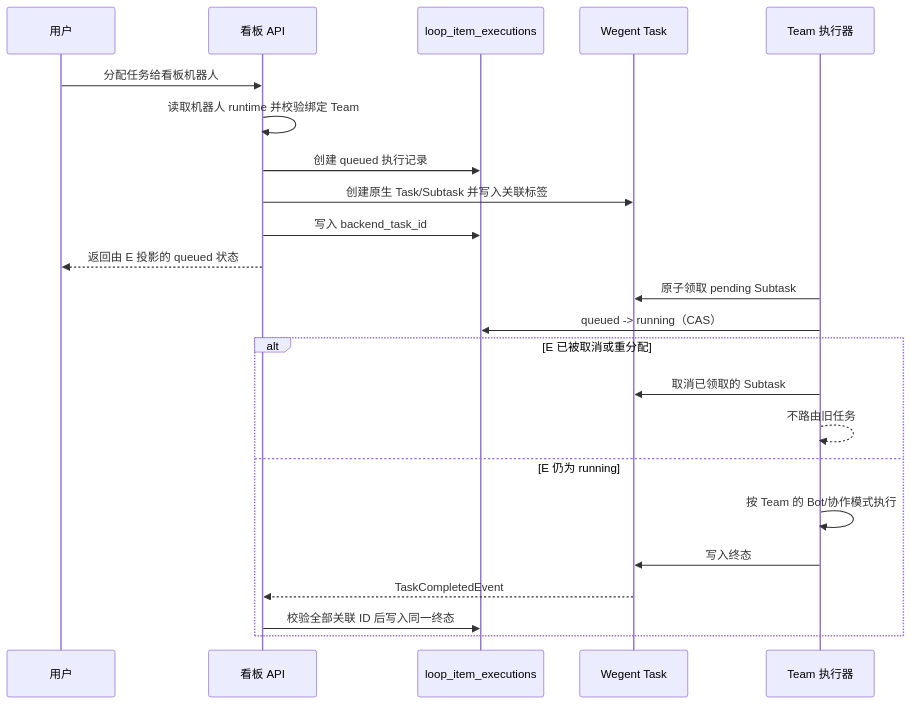
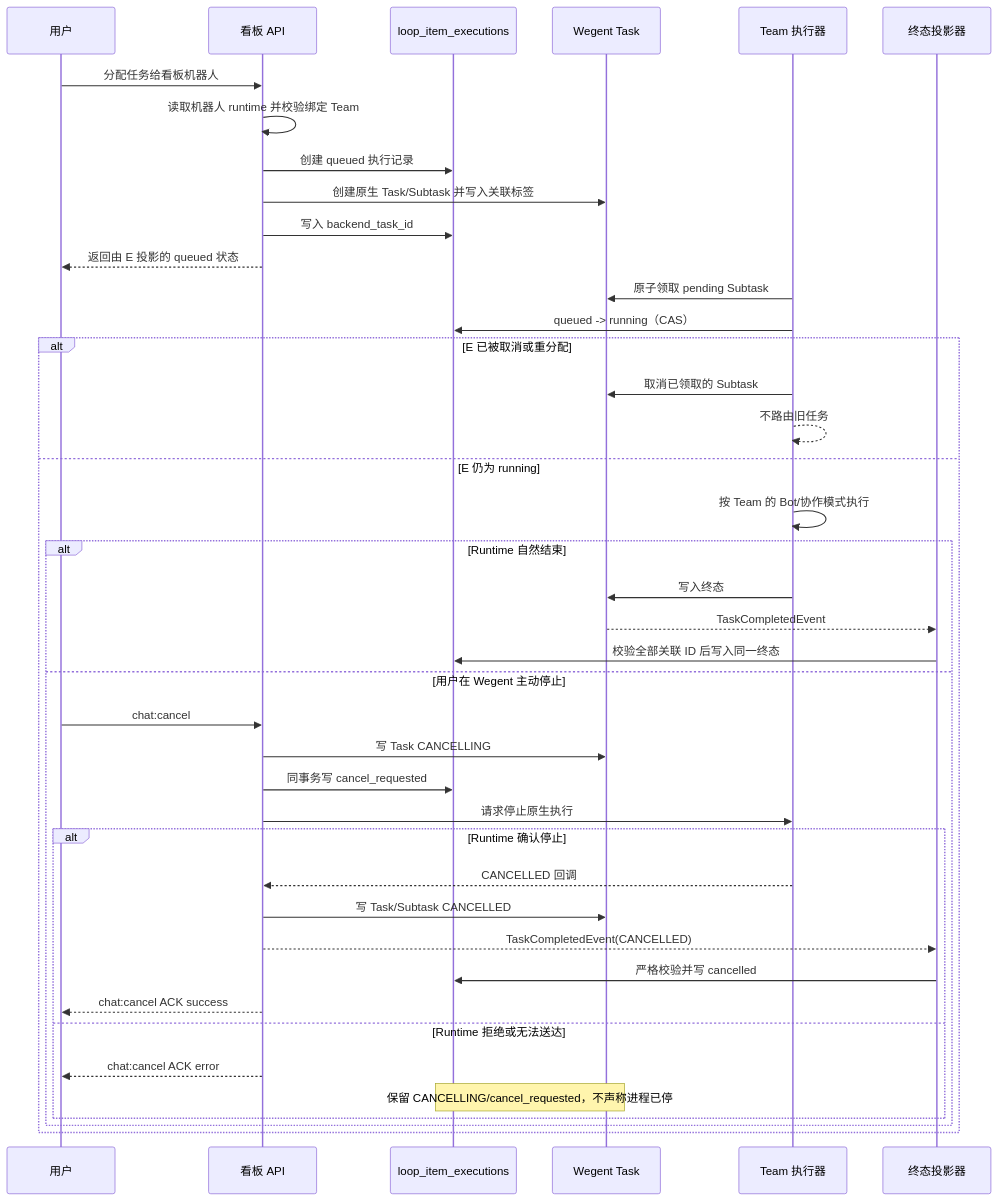
Before and after one commit to wecode-ai/Wegent: the fourth of 4 diagrams in docs/zh/wegent/developer-guide/cloud-project-collaboration.md, drawn with Mermaid. The commit also changed other lines of this file and 26 other files, not shown here.

Commit message:
fix(automation): synchronize Wegent runtime truth

````diff
--- a/docs/zh/wegent/developer-guide/cloud-project-collaboration.md
+++ b/docs/zh/wegent/developer-guide/cloud-project-collaboration.md
@@ -206,26 +243,44 @@
 ```mermaid
 sequenceDiagram
     participant U as 用户
     participant B as 看板 API
     participant E as loop_item_executions
     participant T as Wegent Task
     participant R as Team 执行器
+    participant C as 终态投影器
 
     U->>B: 分配任务给看板机器人
     B->>B: 读取机器人 runtime 并校验绑定 Team
     B->>E: 创建 queued 执行记录
     B->>T: 创建原生 Task/Subtask 并写入关联标签
     B->>E: 写入 backend_task_id
     B-->>U: 返回由 E 投影的 queued 状态
     R->>T: 原子领取 pending Subtask
     R->>E: queued -> running（CAS）
     alt E 已被取消或重分配
         R->>T: 取消已领取的 Subtask
         R-->>R: 不路由旧任务
     else E 仍为 running
         R->>R: 按 Team 的 Bot/协作模式执行
-        R->>T: 写入终态
-        T-->>B: TaskCompletedEvent
-        B->>E: 校验全部关联 ID 后写入同一终态
+        alt Runtime 自然结束
+            R->>T: 写入终态
+            T-->>C: TaskCompletedEvent
+            C->>E: 校验全部关联 ID 后写入同一终态
+        else 用户在 Wegent 主动停止
+            U->>B: chat:cancel
+            B->>T: 写 Task CANCELLING
+            B->>E: 同事务写 cancel_requested
+            B->>R: 请求停止原生执行
+            alt Runtime 确认停止
+                R-->>B: CANCELLED 回调
+                B->>T: 写 Task/Subtask CANCELLED
+                B-->>C: TaskCompletedEvent(CANCELLED)
+                C->>E: 严格校验并写 cancelled
+                B-->>U: chat:cancel ACK success
+            else Runtime 拒绝或无法送达
+                B-->>U: chat:cancel ACK error
+                Note over T,E: 保留 CANCELLING/cancel_requested，不声称进程已停
+            end
+        end
     end
 ```
````
